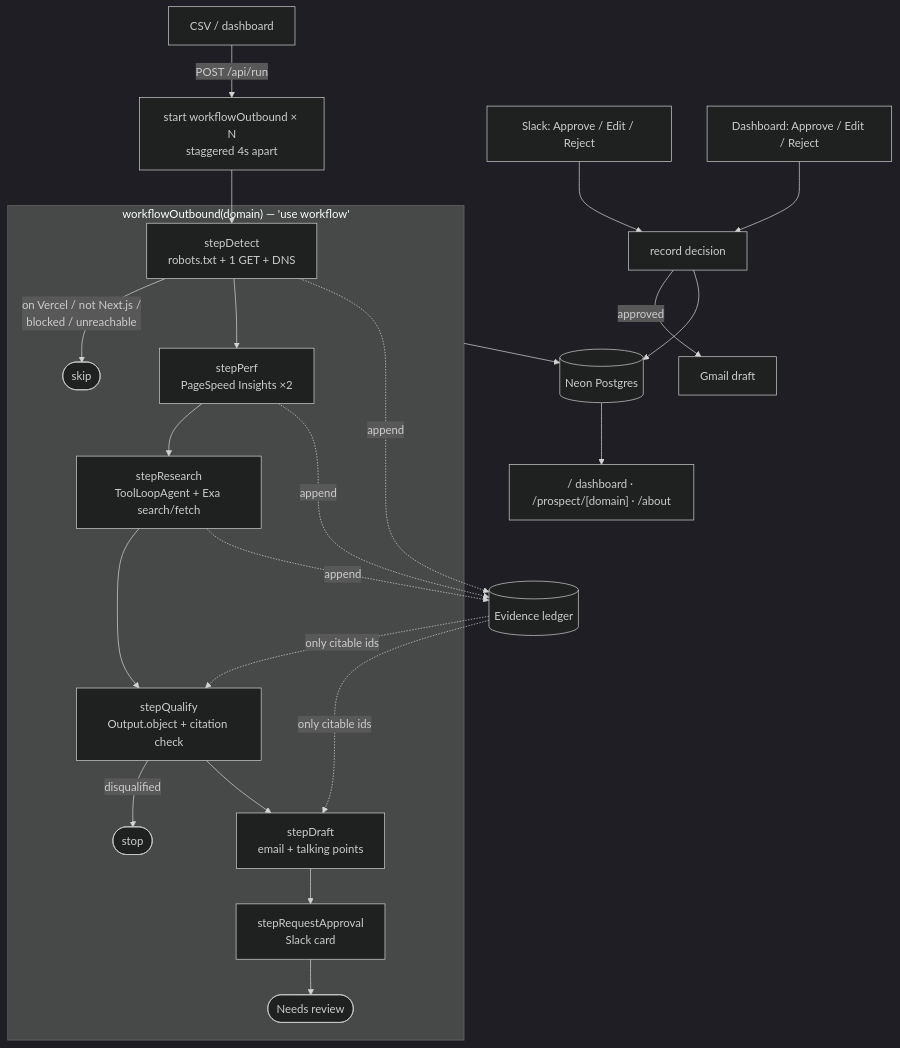
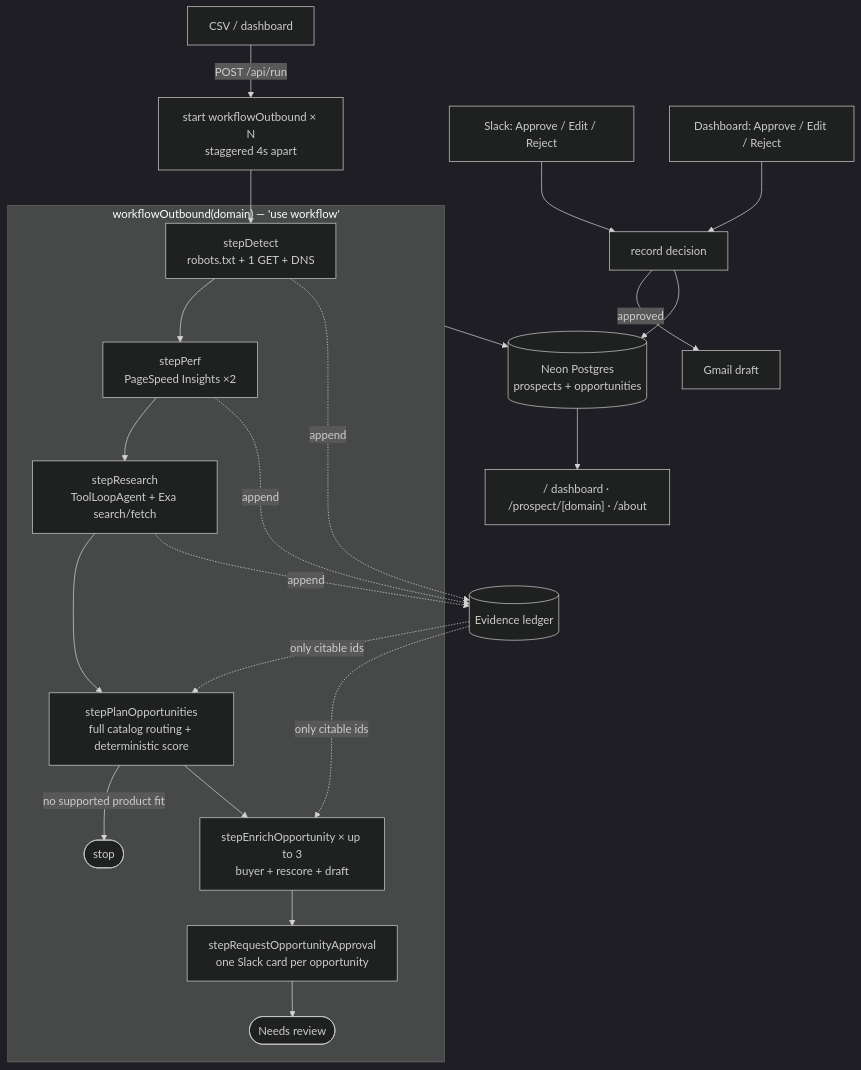
The diagram in README.md (alvinalaphat/next-prospect), drawn with Mermaid (dark theme) before and after one commit. The commit also changed other lines of this file and 37 other files, not shown here.

````diff
--- a/README.md
+++ b/README.md
@@ -43,27 +44,26 @@
 ```mermaid
 flowchart TD
     CSV[CSV / dashboard] -->|POST /api/run| RUN[start workflowOutbound × N<br/>staggered 4s apart]
     RUN --> D
 
     subgraph WF["workflowOutbound(domain) — 'use workflow'"]
-        D["stepDetect<br/>robots.txt + 1 GET + DNS"] -->|on Vercel / not Next.js /<br/>blocked / unreachable| STOP1([skip])
-        D --> P["stepPerf<br/>PageSpeed Insights ×2"]
+        D["stepDetect<br/>robots.txt + 1 GET + DNS"] --> P["stepPerf<br/>PageSpeed Insights ×2"]
         P --> R["stepResearch<br/>ToolLoopAgent + Exa search/fetch"]
-        R --> Q["stepQualify<br/>Output.object + citation check"]
-        Q -->|disqualified| STOP2([stop])
-        Q --> DR["stepDraft<br/>email + talking points"]
-        DR --> H["stepRequestApproval<br/>Slack card"]
+        R --> Q["stepPlanOpportunities<br/>full catalog routing + deterministic score"]
+        Q -->|no supported product fit| STOP2([stop])
+        Q --> B["stepEnrichOpportunity × up to 3<br/>buyer + rescore + draft"]
+        B --> H["stepRequestOpportunityApproval<br/>one Slack card per opportunity"]
         H --> DONE([Needs review])
     end
 
     D & P & R -.->|append| LEDGER[(Evidence ledger)]
-    LEDGER -.->|only citable ids| Q & DR
+    LEDGER -.->|only citable ids| Q & B
 
     SLACK[Slack: Approve / Edit / Reject] --> DEC[record decision]
     DASH[Dashboard: Approve / Edit / Reject] --> DEC
     DEC -->|approved| GMAIL[Gmail draft]
     DEC --> DB
 
-    WF --> DB[(Neon Postgres)]
+    WF --> DB[(Neon Postgres<br/>prospects + opportunities)]
     DB --> UI["/ dashboard · /prospect/[domain] · /about"]
 ```
````
